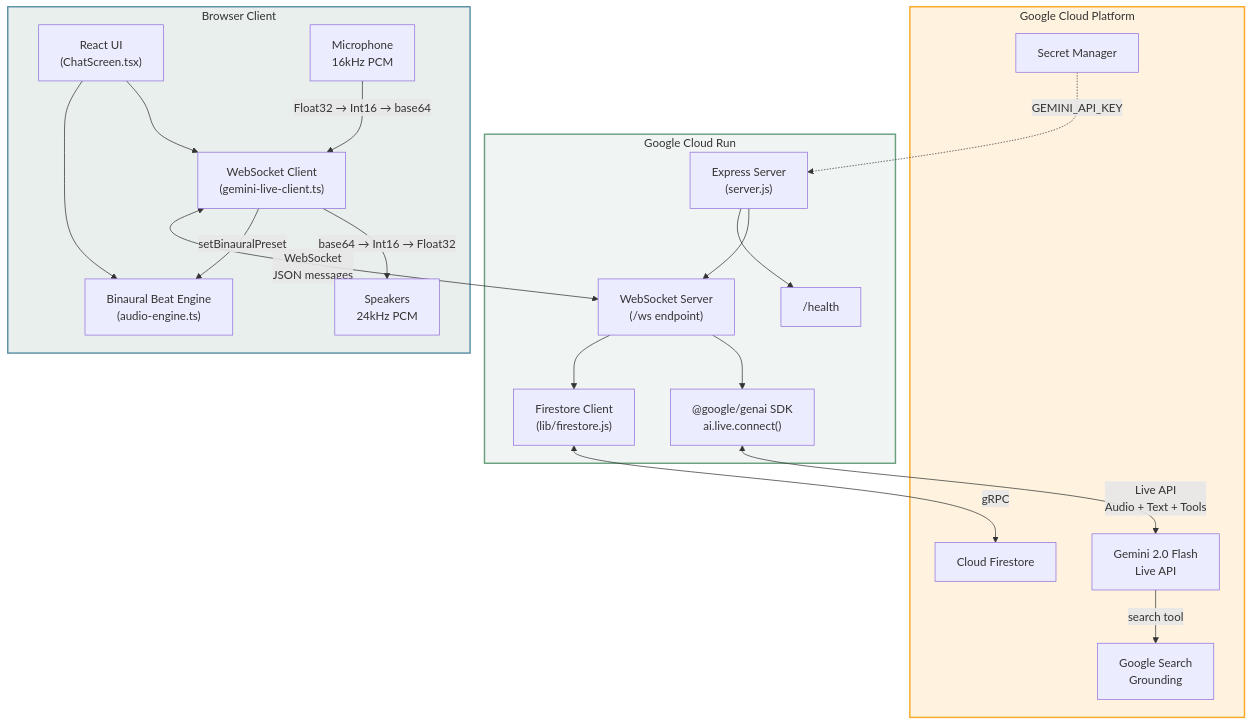
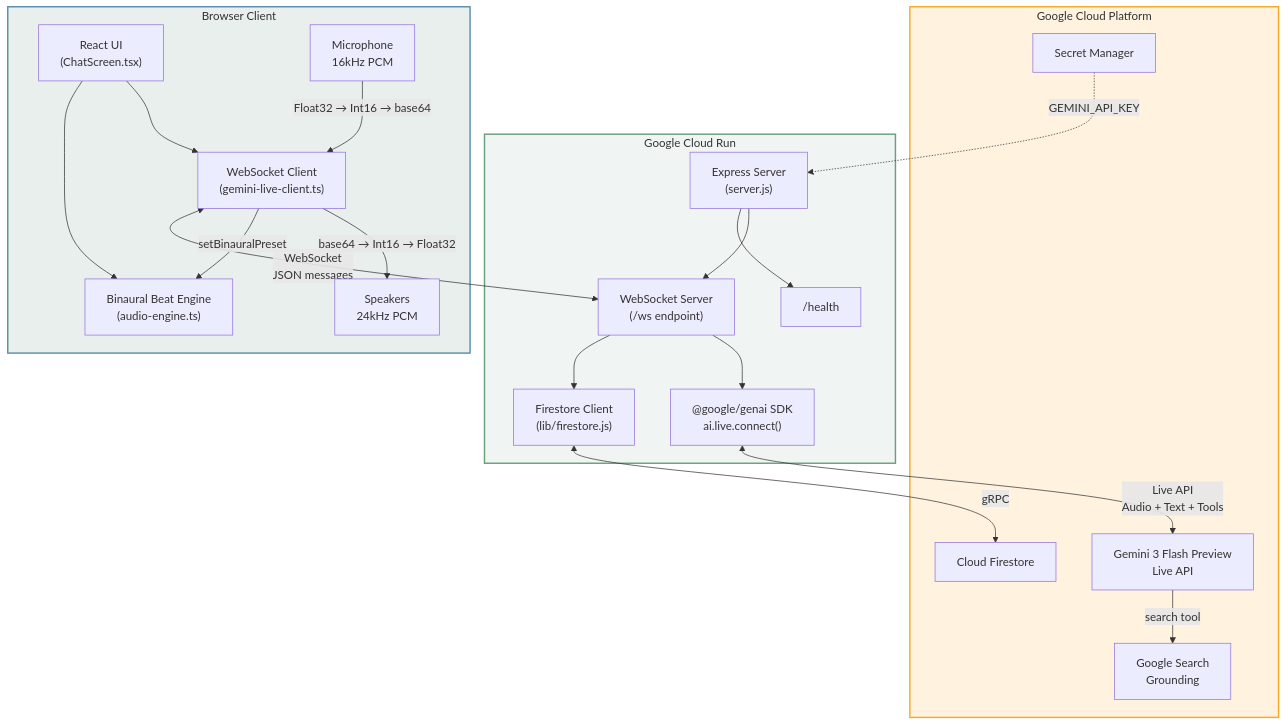
Before and after one commit to JStoweYouKnow/Ytb: the first of 7 diagrams in ARCHITECTURE.md, drawn with Mermaid. The commit also changed 10 other files, not shown here.

````diff
--- a/ARCHITECTURE.md
+++ b/ARCHITECTURE.md
@@ -5,47 +5,47 @@
 ```mermaid
 graph TB
     subgraph Browser["Browser Client"]
         UI["React UI<br/>(ChatScreen.tsx)"]
         GLC["WebSocket Client<br/>(gemini-live-client.ts)"]
         AE["Binaural Beat Engine<br/>(audio-engine.ts)"]
         MIC["Microphone<br/>16kHz PCM"]
         SPK["Speakers<br/>24kHz PCM"]
 
         UI --> GLC
         UI --> AE
         MIC -->|"Float32 → Int16 → base64"| GLC
         GLC -->|"base64 → Int16 → Float32"| SPK
         GLC -->|"setBinauralPreset"| AE
     end
 
     subgraph CloudRun["Google Cloud Run"]
         EXP["Express Server<br/>(server.js)"]
         WSS["WebSocket Server<br/>(/ws endpoint)"]
         SDK["@google/genai SDK<br/>ai.live.connect()"]
         FS["Firestore Client<br/>(lib/firestore.js)"]
         HEALTH["/health"]
 
         EXP --> WSS
         EXP --> HEALTH
         WSS --> SDK
         WSS --> FS
     end
 
     subgraph Google["Google Cloud Platform"]
-        GEMINI["Gemini 2.0 Flash<br/>Live API"]
+        GEMINI["Gemini 3 Flash Preview<br/>Live API"]
         GSEARCH["Google Search<br/>Grounding"]
         FIRE["Cloud Firestore"]
         SM["Secret Manager"]
 
         GEMINI -->|"search tool"| GSEARCH
     end
 
     GLC <-->|"WebSocket<br/>JSON messages"| WSS
     SDK <-->|"Live API<br/>Audio + Text + Tools"| GEMINI
     FS <-->|"gRPC"| FIRE
     SM -.->|"GEMINI_API_KEY"| EXP
 
     style Browser fill:#e8efec,stroke:#5b8fa8,stroke-width:2px
     style CloudRun fill:#f0f4f3,stroke:#6a9f7e,stroke-width:2px
     style Google fill:#fff3e0,stroke:#f9a825,stroke-width:2px
 ```
````
